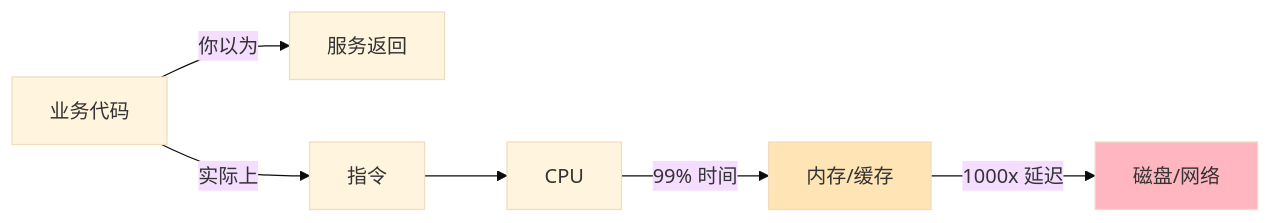
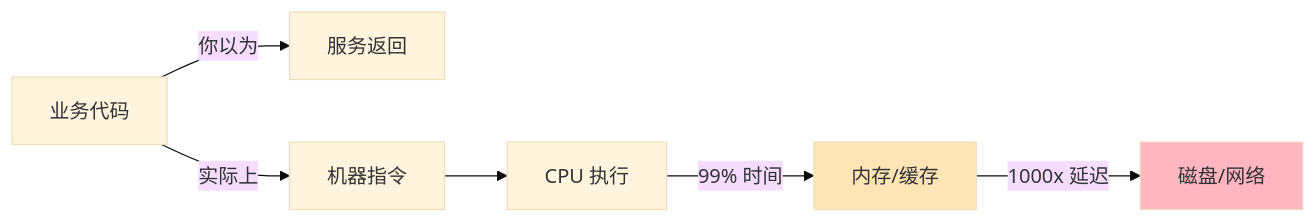
One commit to chongyang211/YCBookBlog changed the second of 34 diagrams in docs/06.计算机/01.计算机组成原理/01.计算机组成结构原理.md. Above: the diagram before and after it, drawn with Mermaid (base theme). The commit also changed other lines of this file and 15 other files, not shown here.

````diff
--- a/docs/06.计算机/01.计算机组成原理/01.计算机组成结构原理.md
+++ b/docs/06.计算机/01.计算机组成原理/01.计算机组成结构原理.md
@@ -106,10 +130,10 @@
 ```mermaid
 flowchart LR
     A[业务代码] -->|你以为| B[服务返回]
-    A -->|实际上| C[指令]
-    C --> D[CPU]
+    A -->|实际上| C[机器指令]
+    C --> D[CPU 执行]
     D -->|99% 时间| E[内存/缓存]
     E -->|1000x 延迟| F[磁盘/网络]
     style E fill:#ffe4b5
     style F fill:#ffb6c1
 ```
````
